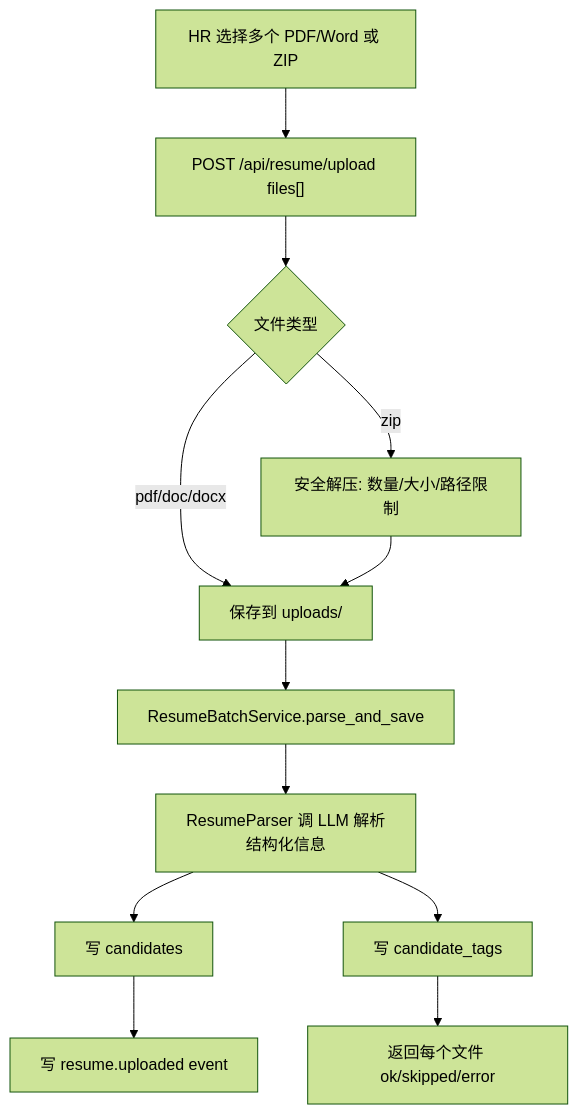
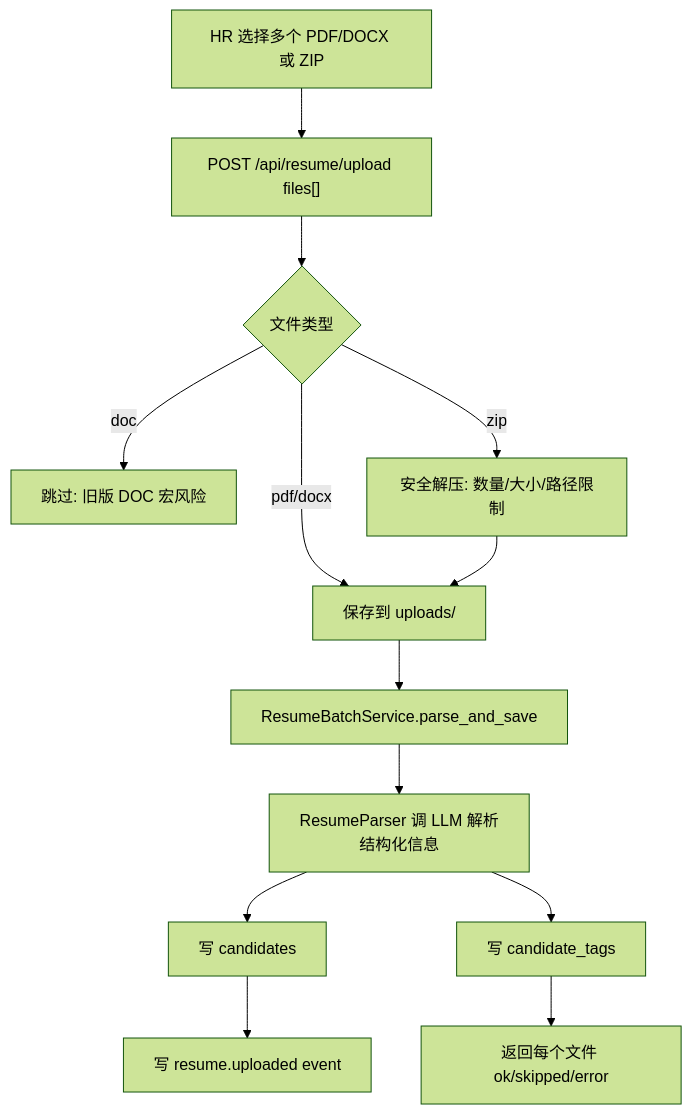
Before and after one commit to yenns7/zhipin-recruit: the third of 3 diagrams in docs/SDD-智聘招聘系统-v1.0.md, drawn with Mermaid (forest theme). The commit also changed other lines of this file and 742 other files, not shown here.

````diff
--- a/docs/SDD-智聘招聘系统-v1.0.md
+++ b/docs/SDD-智聘招聘系统-v1.0.md
@@ -371,14 +394,15 @@
 ```mermaid
 flowchart TD
-  A["HR 选择多个 PDF/Word 或 ZIP"] --> B["POST /api/resume/upload files[]"]
+  A["HR 选择多个 PDF/DOCX 或 ZIP"] --> B["POST /api/resume/upload files[]"]
   B --> C{"文件类型"}
-  C -->|"pdf/doc/docx"| D["保存到 uploads/"]
+  C -->|"pdf/docx"| D["保存到 uploads/"]
+  C -->|"doc"| X["跳过: 旧版 DOC 宏风险"]
   C -->|"zip"| E["安全解压: 数量/大小/路径限制"]
   E --> D
   D --> F["ResumeBatchService.parse_and_save"]
   F --> G["ResumeParser 调 LLM 解析结构化信息"]
   G --> H["写 candidates"]
   G --> I["写 candidate_tags"]
   H --> J["写 resume.uploaded event"]
   I --> K["返回每个文件 ok/skipped/error"]
 ```
````
